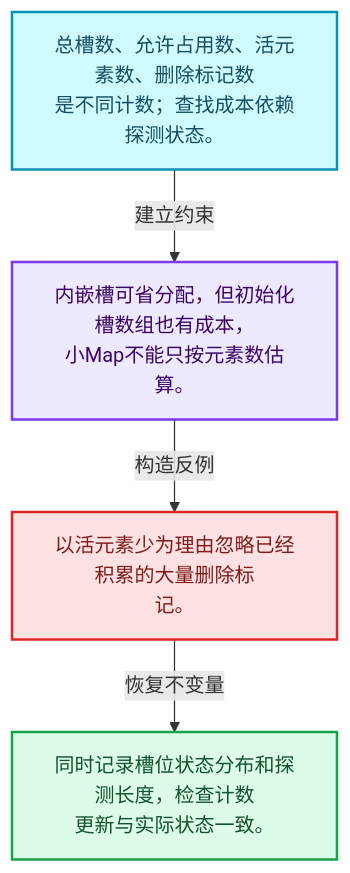
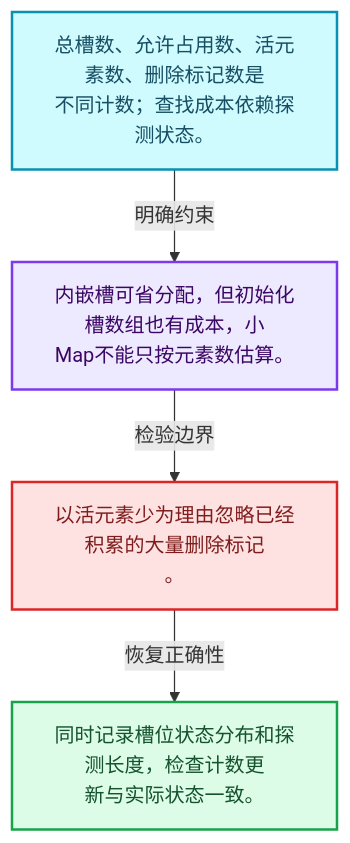
Before and after one commit to yunkezengren/blender-.vscode: the first of 4 diagrams in 杂/markdown/全面学习-codex/02-哈希表与关联数据结构/02-Map总体布局.md, drawn with Mermaid. The commit also changed other lines of this file and 1930 other files, not shown here.

````diff
--- a/杂/markdown/全面学习-codex/02-哈希表与关联数据结构/02-Map总体布局.md
+++ b/杂/markdown/全面学习-codex/02-哈希表与关联数据结构/02-Map总体布局.md
@@ -29,16 +29,16 @@
 ```mermaid
 flowchart TB
-  M["总槽数、允许占用数、活元素数、删除标记数<br/>是不同计数；查找成本依赖探测状态。"]:::data
-  T["内嵌槽可省分配，但初始化槽数组也有成本，<br/>小Map不能只按元素数估算。"]:::abstraction
-  X["以活元素少为理由忽略已经积累的大量删除标<br/>记。"]:::error
-  A["同时记录槽位状态分布和探测长度，检查计数<br/>更新与实际状态一致。"]:::result
-  M -->|"建立约束"| T
-  T -->|"构造反例"| X
-  X -->|"恢复不变量"| A
+  M["总槽数、允许占用数、活元素数、删除标记数是<br/>不同计数；查找成本依赖探测状态。"]:::data
+  C["内嵌槽可省分配，但初始化槽数组也有成本，小<br/>Map不能只按元素数估算。"]:::abstraction
+  B["以活元素少为理由忽略已经积累的大量删除标记<br/>。"]:::error
+  R["同时记录槽位状态分布和探测长度，检查计数更<br/>新与实际状态一致。"]:::result
+  M -->|"明确约束"| C
+  C -->|"检验边界"| B
+  B -->|"恢复正确性"| R
   classDef input fill:#DBEAFE,stroke:#2563EB,color:#172554,stroke-width:2px;
   classDef data fill:#CFFAFE,stroke:#0891B2,color:#164E63,stroke-width:2px;
   classDef abstraction fill:#EDE9FE,stroke:#7C3AED,color:#3B0764,stroke-width:2px;
   classDef compute fill:#FEF3C7,stroke:#D97706,color:#78350F,stroke-width:2px;
   classDef result fill:#DCFCE7,stroke:#16A34A,color:#14532D,stroke-width:2px;
   classDef error fill:#FEE2E2,stroke:#DC2626,color:#7F1D1D,stroke-width:2px;
 ```
````
